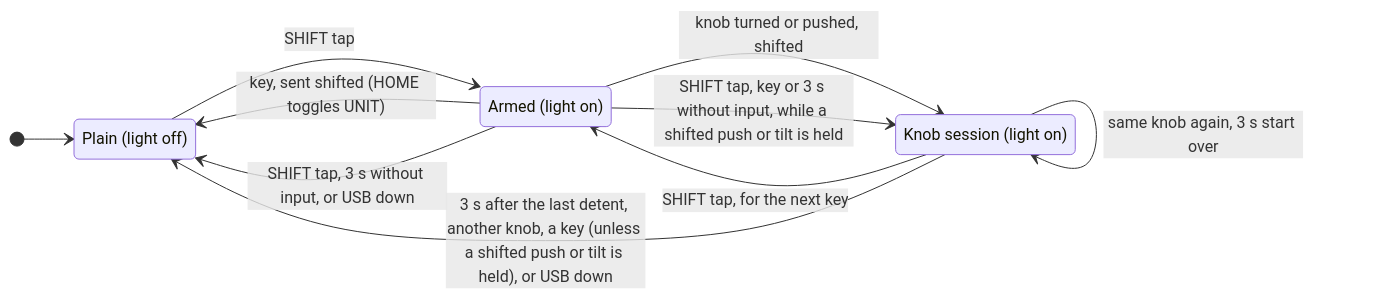
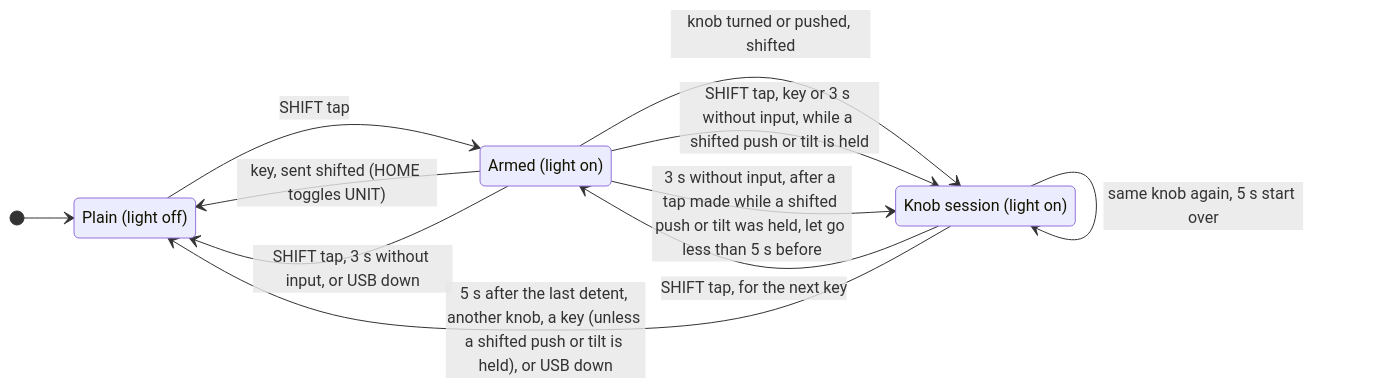
The second of 2 diagrams in docs/architecture/firmware.md (saschagrunert/avionics-panel), drawn with Mermaid before and after one commit. The commit also changed other lines of this file and 5 other files, not shown here.

First line of the commit message:
Keep a shifted knob's session 5 s, a SHIFT tap 3 s

````diff
--- a/docs/architecture/firmware.md
+++ b/docs/architecture/firmware.md
@@ -74,16 +74,17 @@
 ```mermaid
 stateDiagram-v2
   direction LR
   state "Plain (light off)" as Plain
   state "Armed (light on)" as Armed
   state "Knob session (light on)" as Knob
   [*] --> Plain
   Plain --> Armed: SHIFT tap
   Armed --> Plain: key, sent shifted (HOME toggles UNIT)
   Armed --> Plain: SHIFT tap, 3 s without input, or USB down
   Armed --> Knob: knob turned or pushed, shifted
   Armed --> Knob: SHIFT tap, key or 3 s without input, while a shifted push or tilt is held
-  Knob --> Knob: same knob again, 3 s start over
+  Armed --> Knob: 3 s without input, after a tap made while a shifted push or tilt was held, let go less than 5 s before
+  Knob --> Knob: same knob again, 5 s start over
   Knob --> Armed: SHIFT tap, for the next key
-  Knob --> Plain: 3 s after the last detent, another knob, a key (unless a shifted push or tilt is held), or USB down
+  Knob --> Plain: 5 s after the last detent, another knob, a key (unless a shifted push or tilt is held), or USB down
 ```
````
